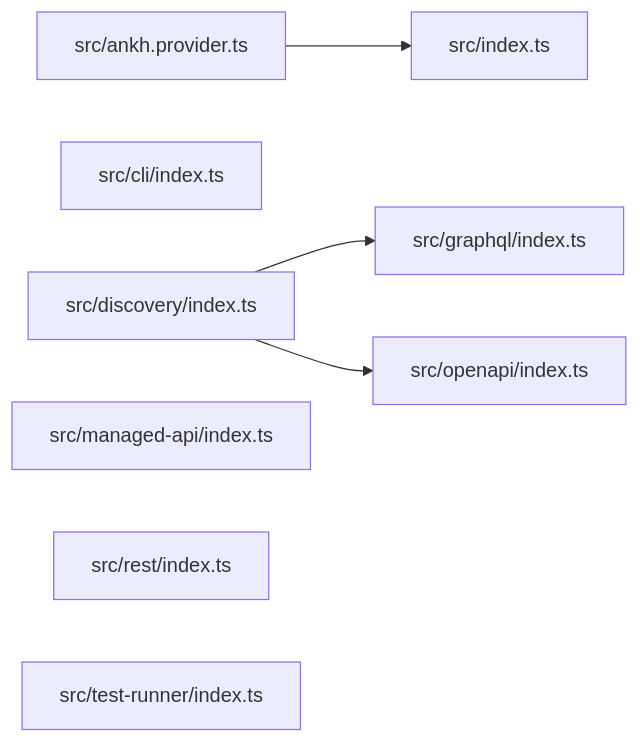
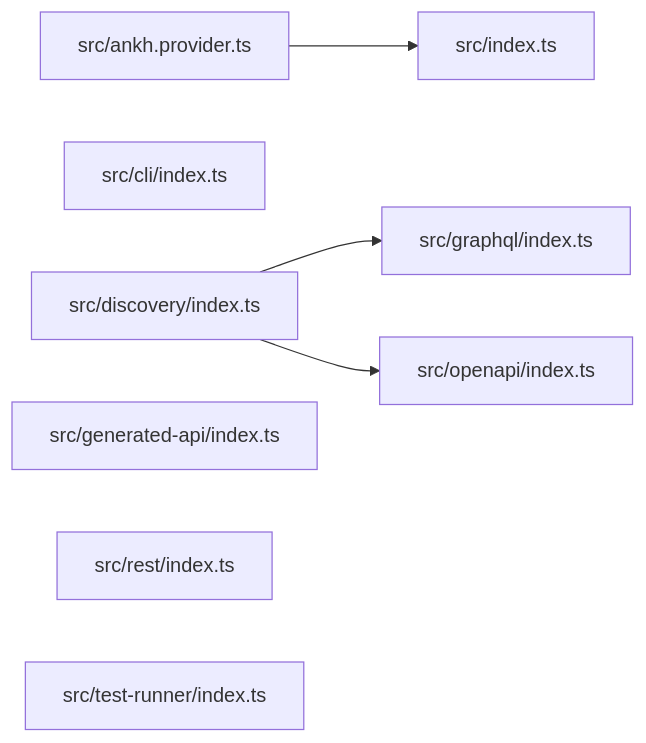
Before and after one commit to ankhorage/data-sources: the diagram in paradox/diagrams/module-relationships.mmd, drawn with Mermaid. The commit also changed 22 other files, not shown here.

```diff
--- a/paradox/diagrams/module-relationships.mmd
+++ b/paradox/diagrams/module-relationships.mmd
@@ -1,13 +1,13 @@
 graph LR
   module_src_ankh_provider_ts["src/ankh.provider.ts"]
   module_src_cli_index_ts["src/cli/index.ts"]
   module_src_discovery_index_ts["src/discovery/index.ts"]
+  module_src_generated_api_index_ts["src/generated-api/index.ts"]
   module_src_graphql_index_ts["src/graphql/index.ts"]
   module_src_index_ts["src/index.ts"]
-  module_src_managed_api_index_ts["src/managed-api/index.ts"]
   module_src_openapi_index_ts["src/openapi/index.ts"]
   module_src_rest_index_ts["src/rest/index.ts"]
   module_src_test_runner_index_ts["src/test-runner/index.ts"]
   module_src_ankh_provider_ts --> module_src_index_ts
   module_src_discovery_index_ts --> module_src_graphql_index_ts
   module_src_discovery_index_ts --> module_src_openapi_index_ts
```
